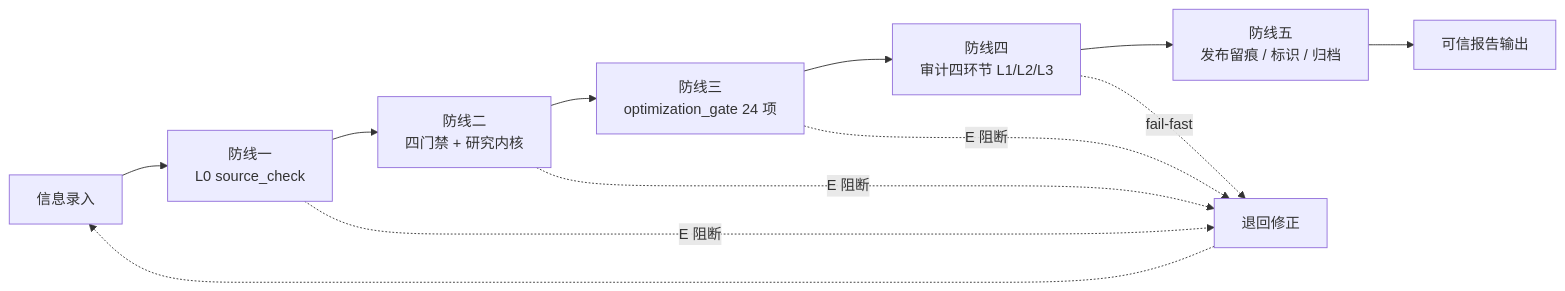
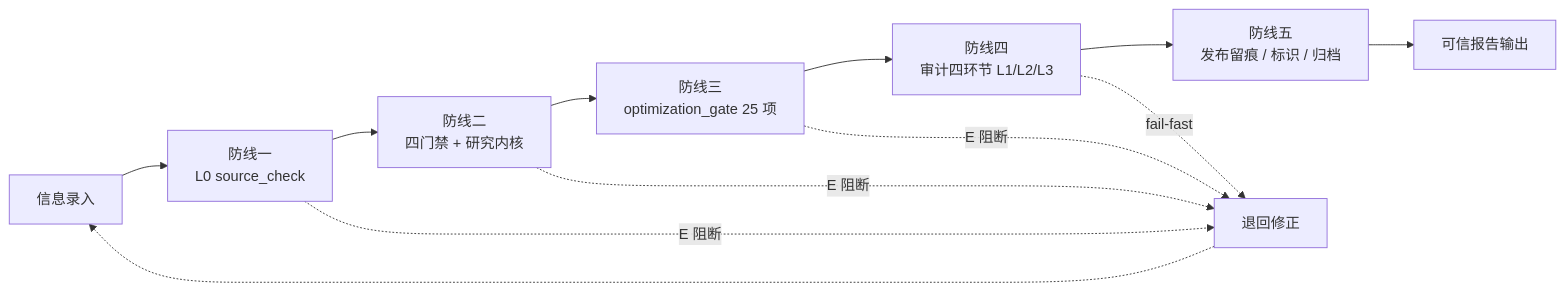
The second of 4 diagrams in engine/docs/report-pipeline-system.md (hmbphxkw76-byte/tech-context-digest), drawn with Mermaid before and after one commit. The commit also changed other lines of this file and 25 other files, not shown here.

````diff
--- a/engine/docs/report-pipeline-system.md
+++ b/engine/docs/report-pipeline-system.md
@@ -59,14 +59,14 @@
 ```mermaid
 flowchart LR
     IN["信息录入"] --> D1["防线一<br/>L0 source_check"]
     D1 --> D2["防线二<br/>四门禁 + 研究内核"]
-    D2 --> D3["防线三<br/>optimization_gate 24 项"]
+    D2 --> D3["防线三<br/>optimization_gate 25 项"]
     D3 --> D4["防线四<br/>审计四环节 L1/L2/L3"]
     D4 --> D5["防线五<br/>发布留痕 / 标识 / 归档"]
     D5 --> OUT["可信报告输出"]
     D1 -. "E 阻断" .-> BLOCK["退回修正"]
     D2 -. "E 阻断" .-> BLOCK
     D3 -. "E 阻断" .-> BLOCK
     D4 -. "fail-fast" .-> BLOCK
     BLOCK -.-> IN
 ```
````
